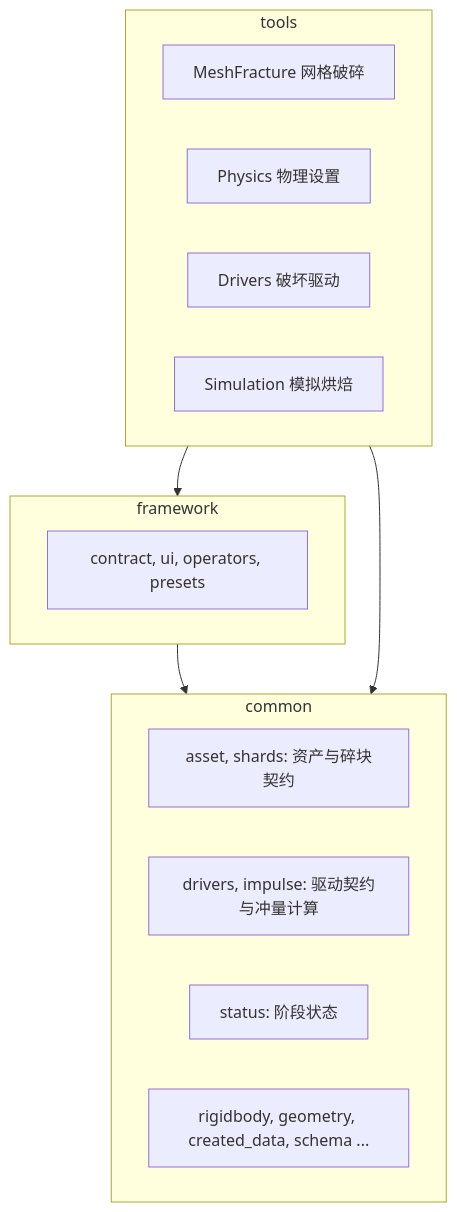
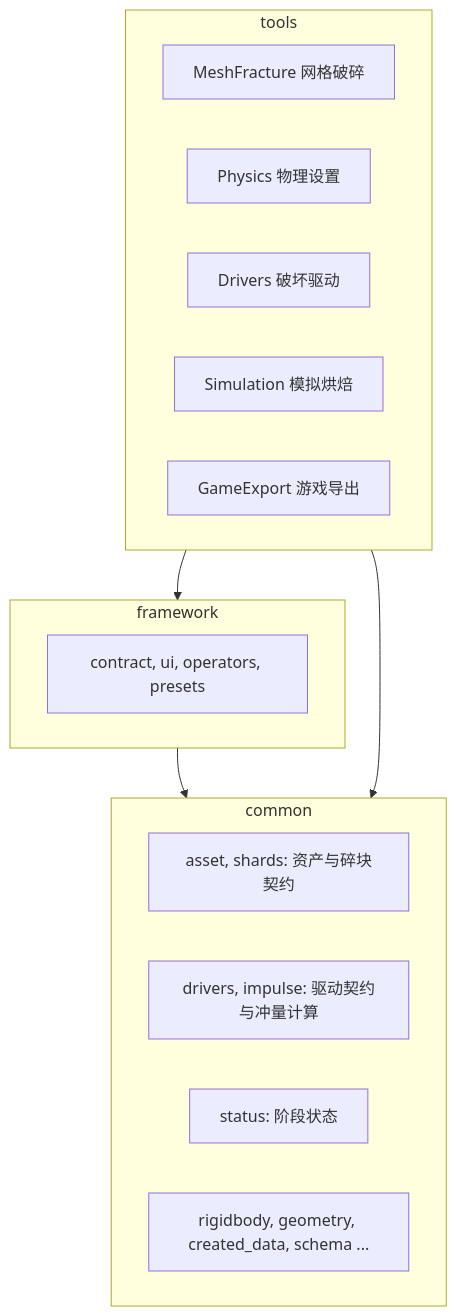
One commit to RIPTIDE-z/QuickDestruction changed the diagram in doc/开发文档/Architecture.md. Above: the diagram before and after it, drawn with Mermaid. The commit also changed other lines of this file and 47 other files, not shown here.

````diff
--- a/doc/开发文档/Architecture.md
+++ b/doc/开发文档/Architecture.md
@@ -14,20 +14,21 @@
 ```mermaid
 flowchart TB
     subgraph tools
         MF[MeshFracture 网格破碎]
         PH[Physics 物理设置]
         DR[Drivers 破坏驱动]
         SI[Simulation 模拟烘焙]
+        GE[GameExport 游戏导出]
     end
     subgraph framework
         F[contract, ui, operators, presets]
     end
     subgraph common
         C1[asset, shards: 资产与碎块契约]
         C2[drivers, impulse: 驱动契约与冲量计算]
         C3[status: 阶段状态]
         C4[rigidbody, geometry, created_data, schema ...]
     end
     tools --> framework --> common
     tools --> common
 ```
````
